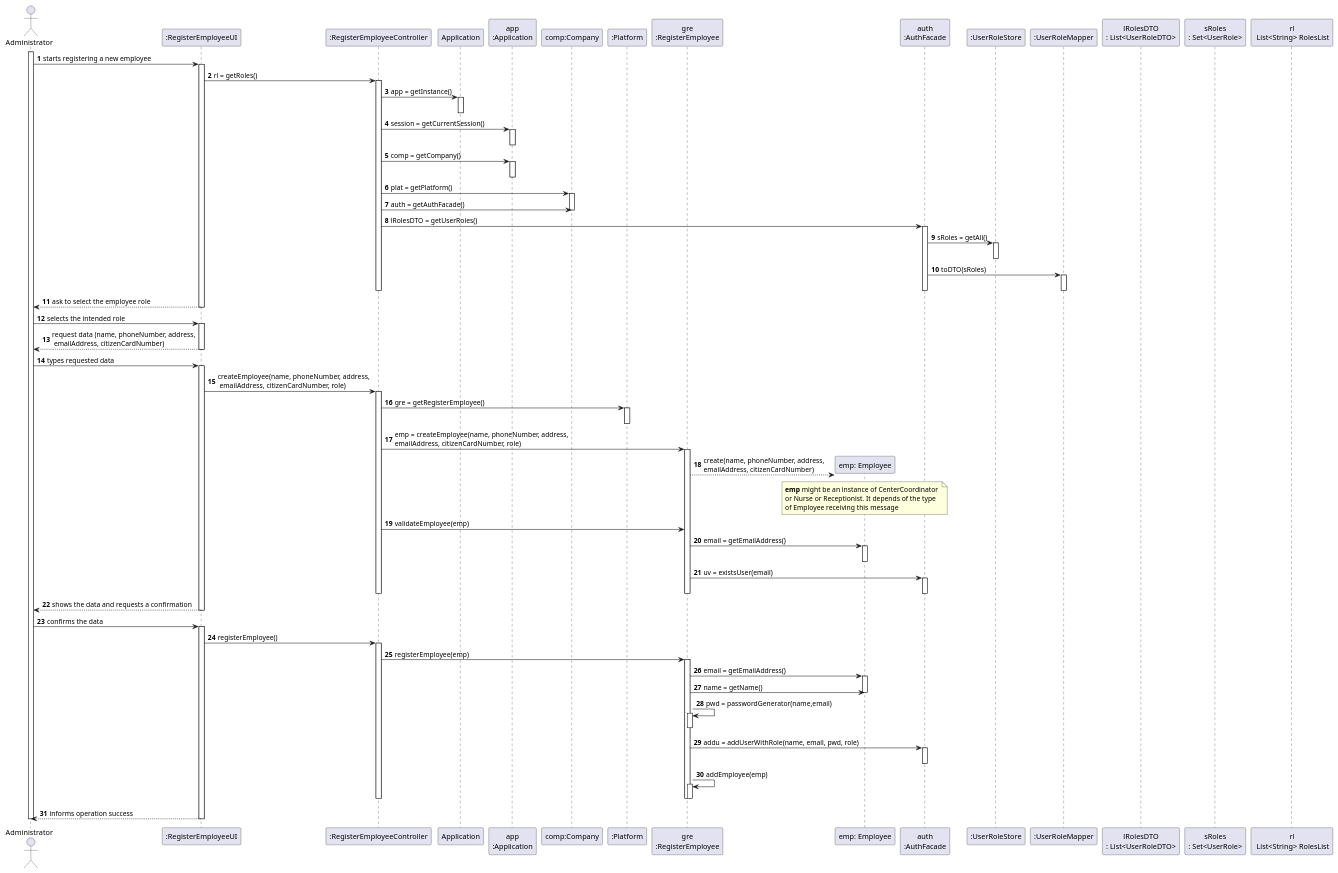
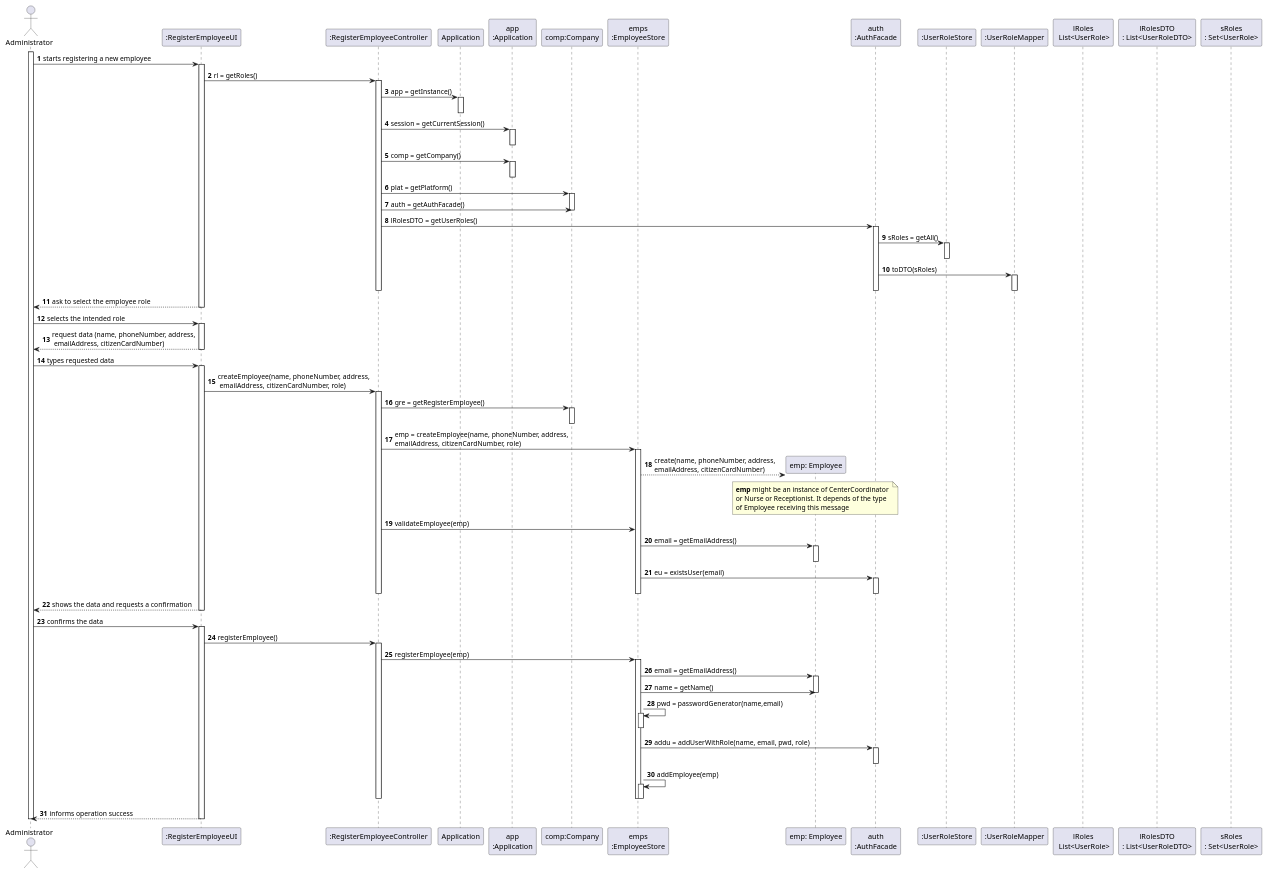
One commit to diogonapoles/isep-lapr2 changed the diagram in docs/SprintB/UserStories/US10/US010_SD.puml. Above: the diagram before and after it, drawn with PlantUML. The commit also changed 7 other files, not shown here.

```diff
--- a/docs/SprintB/UserStories/US10/US010_SD.puml
+++ b/docs/SprintB/UserStories/US10/US010_SD.puml
@@ -1,148 +1,148 @@
 @startuml
 autonumber
 actor "Administrator" as ADM
 
 
 participant ":RegisterEmployeeUI" as UI
 participant ":RegisterEmployeeController" as CTRL
 participant "Application" as APP
 participant "app\n:Application" as App
 participant "comp:Company" as COMP
-participant ":Platform" as PLAT
-participant "gre\n:RegisterEmployee" as RE
+participant "emps\n:EmployeeStore" as EMPS
 participant "emp: Employee" as EMP
 participant "auth\n:AuthFacade" as AF
 participant ":UserRoleStore" as URS
 participant ":UserRoleMapper" as URM
+participant "lRoles\n List<UserRole>" as LR
 participant "lRolesDTO\n: List<UserRoleDTO>" as lRDTO
 participant "sRoles\n: Set<UserRole>" as SR
-participant "rl\n List<String> RolesList" as rl
+
 
 
 activate ADM
 
 ADM -> UI : starts registering a new employee
 activate UI
 
 UI -> CTRL : rl = getRoles()
 activate CTRL
 
 CTRL -> APP : app = getInstance()
 activate APP
 deactivate APP
 
 CTRL -> App: session = getCurrentSession()
 activate App
 deactivate App
 
 CTRL -> App : comp = getCompany()
 activate App
 deactivate App
 
 
 CTRL -> COMP : plat = getPlatform()
 activate COMP
 
 CTRL -> COMP: auth = getAuthFacade()
 deactivate COMP
 
 CTRL -> AF : lRolesDTO = getUserRoles()
 activate AF
 
 AF -> URS : sRoles = getAll()
 activate URS
 deactivate URS
 
 AF -> URM :  toDTO(sRoles)
 activate URM
 
 deactivate URM
 deactivate AF
 deactivate CTRL
 
 UI --> ADM : ask to select the employee role
 deactivate UI
 
 
 
 ADM -> UI : selects the intended role
 activate UI
 
 UI --> ADM : request data (name, phoneNumber, address,\n emailAddress, citizenCardNumber)
 deactivate UI
 
 
 
 
 ADM -> UI : types requested data
 activate UI
 
 UI -> CTRL :createEmployee(name, phoneNumber, address,\n emailAddress, citizenCardNumber, role)
 activate CTRL
 
-CTRL -> PLAT : gre = getRegisterEmployee()
-activate PLAT
-deactivate PLAT
+CTRL -> COMP : gre = getRegisterEmployee()
+activate COMP
+deactivate COMP
 
-CTRL -> RE : emp = createEmployee(name, phoneNumber, address,\nemailAddress, citizenCardNumber, role)
-activate RE
+CTRL -> EMPS : emp = createEmployee(name, phoneNumber, address,\nemailAddress, citizenCardNumber, role)
+activate EMPS
 
-RE --> EMP** : create(name, phoneNumber, address, \nemailAddress, citizenCardNumber)
+EMPS --> EMP** : create(name, phoneNumber, address, \nemailAddress, citizenCardNumber)
 
 note over EMP : **emp** might be an instance of CenterCoordinator \nor Nurse or Receptionist. It depends of the type \nof Employee receiving this message
 
 
-CTRL -> RE : validateEmployee(emp)
+CTRL -> EMPS : validateEmployee(emp)
 
-RE -> EMP : email = getEmailAddress()
+EMPS -> EMP : email = getEmailAddress()
 activate EMP
 deactivate EMP
 
-RE -> AF : uv = existsUser(email)
+EMPS -> AF : eu = existsUser(email)
 activate AF
 deactivate AF
 deactivate CTRL
-deactivate RE
+deactivate EMPS
 
 UI --> ADM : shows the data and requests a confirmation
 deactivate UI
 
 
 
 ADM -> UI : confirms the data
 activate UI
 
 UI -> CTRL : registerEmployee()
 activate CTRL
 
-CTRL -> RE: registerEmployee(emp)
-activate RE
+CTRL -> EMPS: registerEmployee(emp)
+activate EMPS
 
-RE -> EMP : email = getEmailAddress()
+EMPS -> EMP : email = getEmailAddress()
 activate EMP
 
-RE -> EMP : name = getName()
+EMPS -> EMP : name = getName()
 
 deactivate EMP
 
-RE -> RE : pwd = passwordGenerator(name,email)
-activate RE
-deactivate RE
+EMPS -> EMPS : pwd = passwordGenerator(name,email)
+activate EMPS
+deactivate EMPS
 
-RE -> AF : addu = addUserWithRole(name, email, pwd, role)
+EMPS -> AF : addu = addUserWithRole(name, email, pwd, role)
 activate AF
 deactivate AF
 
-RE -> RE : addEmployee(emp)
-activate RE
-deactivate RE
-deactivate RE
+EMPS -> EMPS : addEmployee(emp)
+activate EMPS
+deactivate EMPS
+deactivate EMPS
 deactivate CTRL
 
 UI --> ADM : informs operation success
 deactivate UI
 
 
 deactivate ADM
 
 @enduml
```
